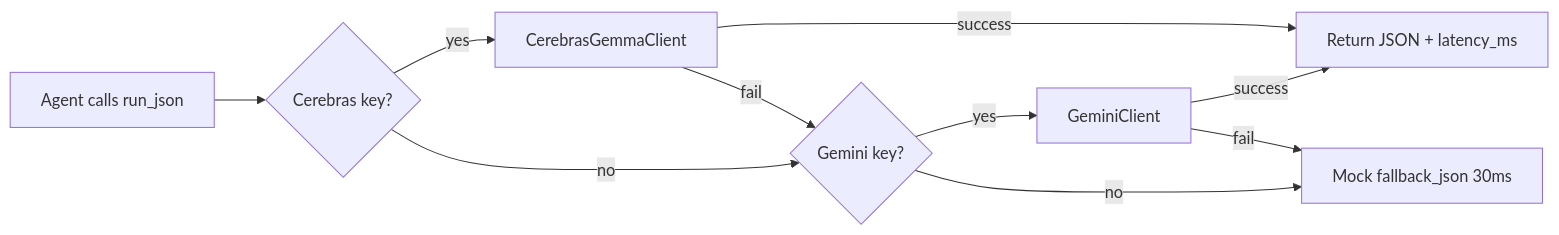
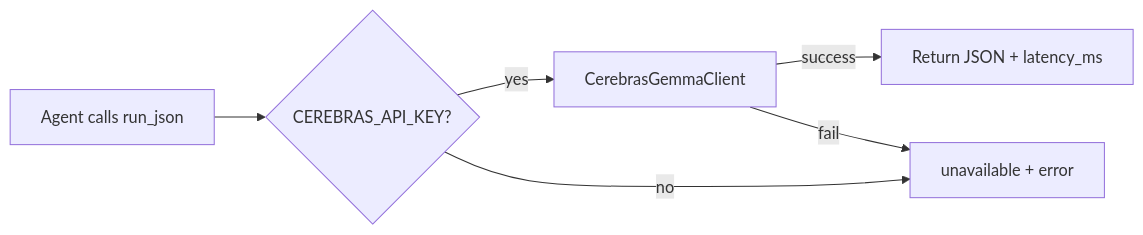
One commit to SahilRakhaiya05/VialPilot changed the third of 3 diagrams in DESIGN.md. Above: the diagram before and after it, drawn with Mermaid. The commit also changed other lines of this file and 24 other files, not shown here.

First line of the commit message:
feat: Cerebras Gemma 4 only — remove Gemini and mock mode

````diff
--- a/DESIGN.md
+++ b/DESIGN.md
@@ -182,12 +180,8 @@
 ```mermaid
 flowchart LR
-    A[Agent calls run_json] --> B{Cerebras key?}
+    A[Agent calls run_json] --> B{CEREBRAS_API_KEY?}
     B -->|yes| C[CerebrasGemmaClient]
     C -->|success| Z[Return JSON + latency_ms]
-    C -->|fail| D{Gemini key?}
-    B -->|no| D
-    D -->|yes| E[GeminiClient]
-    E -->|success| Z
-    E -->|fail| F[Mock fallback_json 30ms]
-    D -->|no| F
+    C -->|fail| E[unavailable + error]
+    B -->|no| E
 ```
````
